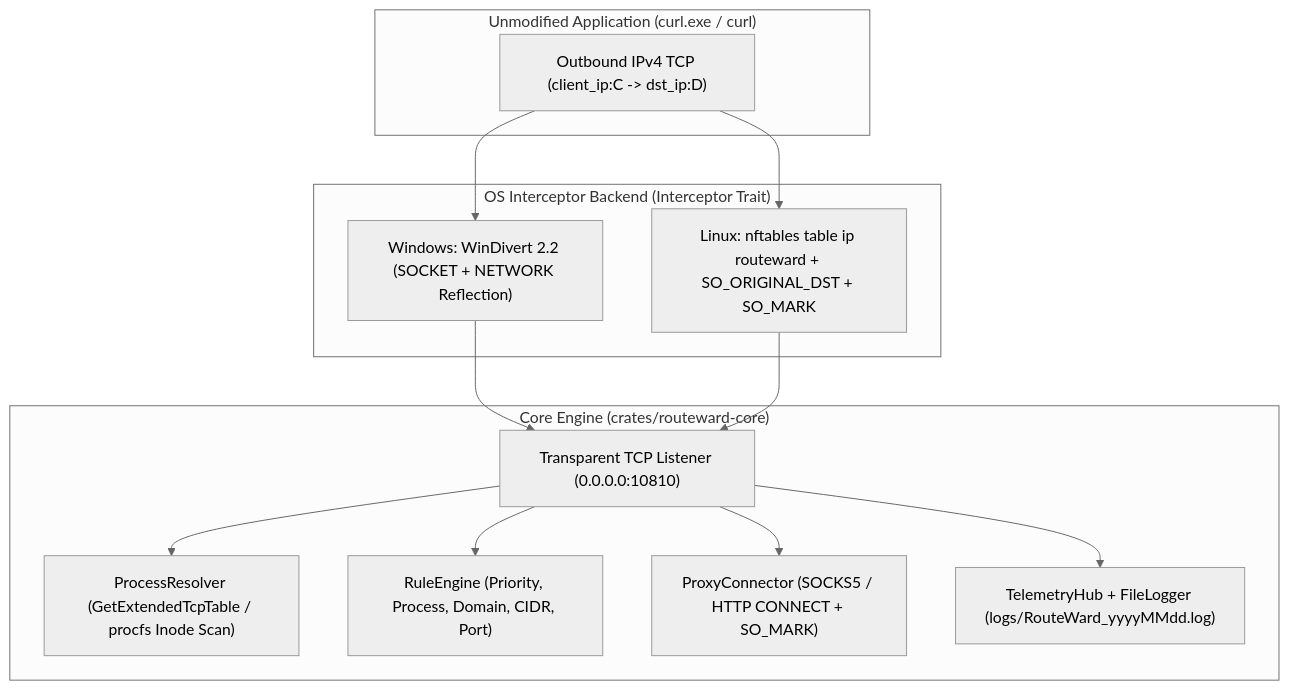
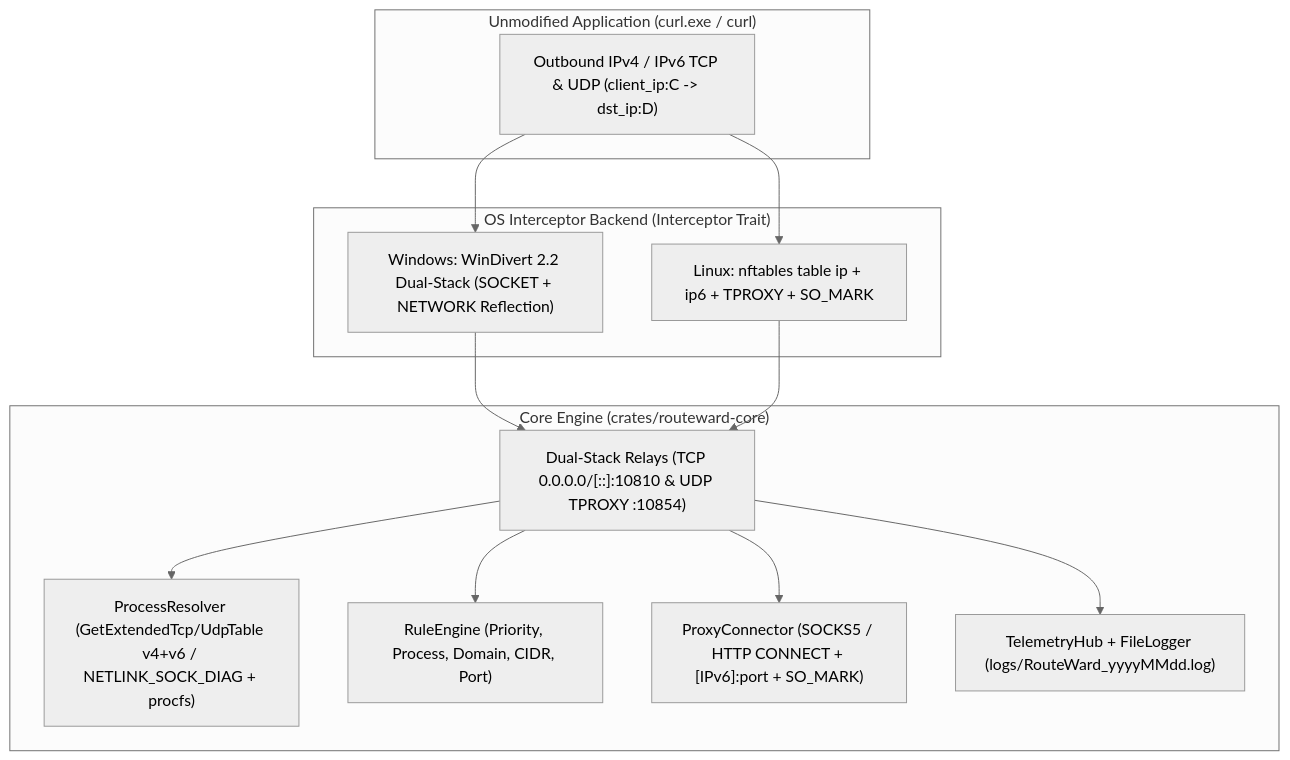
The diagram in docs/architecture.md (VBlackJack/routeward), drawn with Mermaid (neutral theme) before and after one commit. The commit also changed other lines of this file and 74 other files, not shown here.

Commit message:
feat(core,desktop,ui): add dual-stack IPv6 interception, NETLINK_SOCK_DIAG, security audit hardening, and modular refactors

````diff
--- a/docs/architecture.md
+++ b/docs/architecture.md
@@ -150,28 +166,28 @@
 ```mermaid
 flowchart TD
     subgraph ClientApp["Unmodified Application (curl.exe / curl)"]
-        Curl["Outbound IPv4 TCP (client_ip:C -> dst_ip:D)"]
+        Curl["Outbound IPv4 / IPv6 TCP & UDP (client_ip:C -> dst_ip:D)"]
     end
 
     subgraph OSBackend["OS Interceptor Backend (Interceptor Trait)"]
-        WinBackend["Windows: WinDivert 2.2 (SOCKET + NETWORK Reflection)"]
-        LinBackend["Linux: nftables table ip routeward + SO_ORIGINAL_DST + SO_MARK"]
+        WinBackend["Windows: WinDivert 2.2 Dual-Stack (SOCKET + NETWORK Reflection)"]
+        LinBackend["Linux: nftables table ip + ip6 + TPROXY + SO_MARK"]
     end
 
     subgraph Core["Core Engine (crates/routeward-core)"]
-        ProcRes["ProcessResolver (GetExtendedTcpTable / procfs Inode Scan)"]
-        TransRelay["Transparent TCP Listener (0.0.0.0:10810)"]
+        ProcRes["ProcessResolver (GetExtendedTcp/UdpTable v4+v6 / NETLINK_SOCK_DIAG + procfs)"]
+        TransRelay["Dual-Stack Relays (TCP 0.0.0.0/[::]:10810 & UDP TPROXY :10854)"]
         RuleEngine["RuleEngine (Priority, Process, Domain, CIDR, Port)"]
-        ProxyConnector["ProxyConnector (SOCKS5 / HTTP CONNECT + SO_MARK)"]
+        ProxyConnector["ProxyConnector (SOCKS5 / HTTP CONNECT + [IPv6]:port + SO_MARK)"]
         Telemetry["TelemetryHub + FileLogger (logs/RouteWard_yyyyMMdd.log)"]
     end
 
     Curl --> WinBackend
     Curl --> LinBackend
     WinBackend --> TransRelay
     LinBackend --> TransRelay
     TransRelay --> ProcRes
     TransRelay --> RuleEngine
     TransRelay --> ProxyConnector
     TransRelay --> Telemetry
 ```
````
